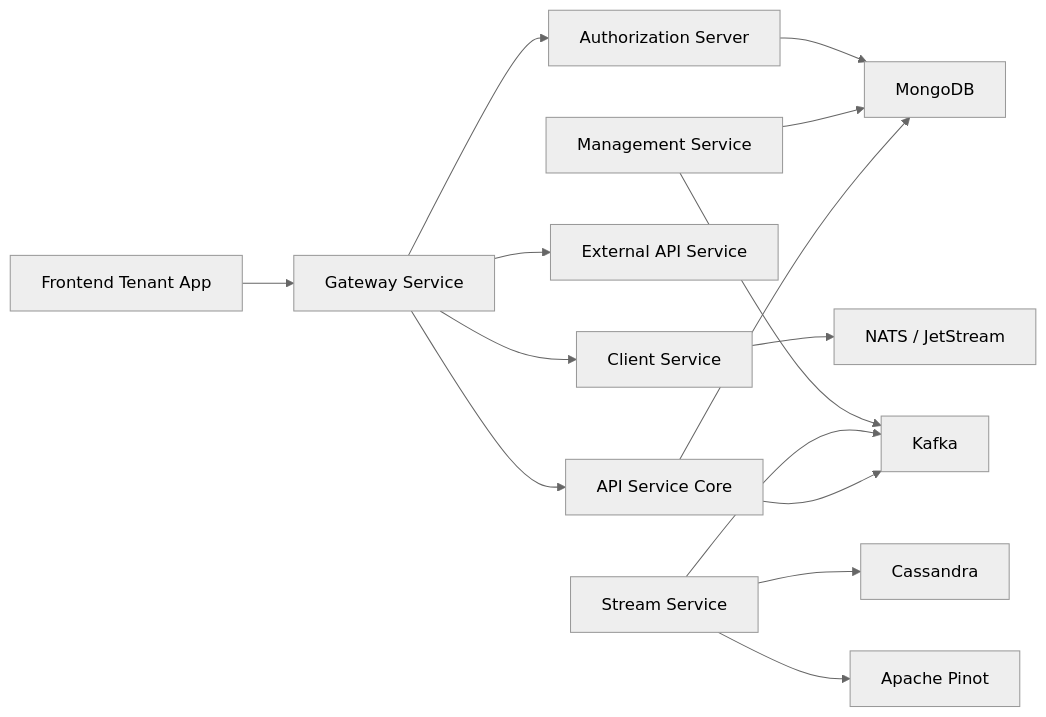
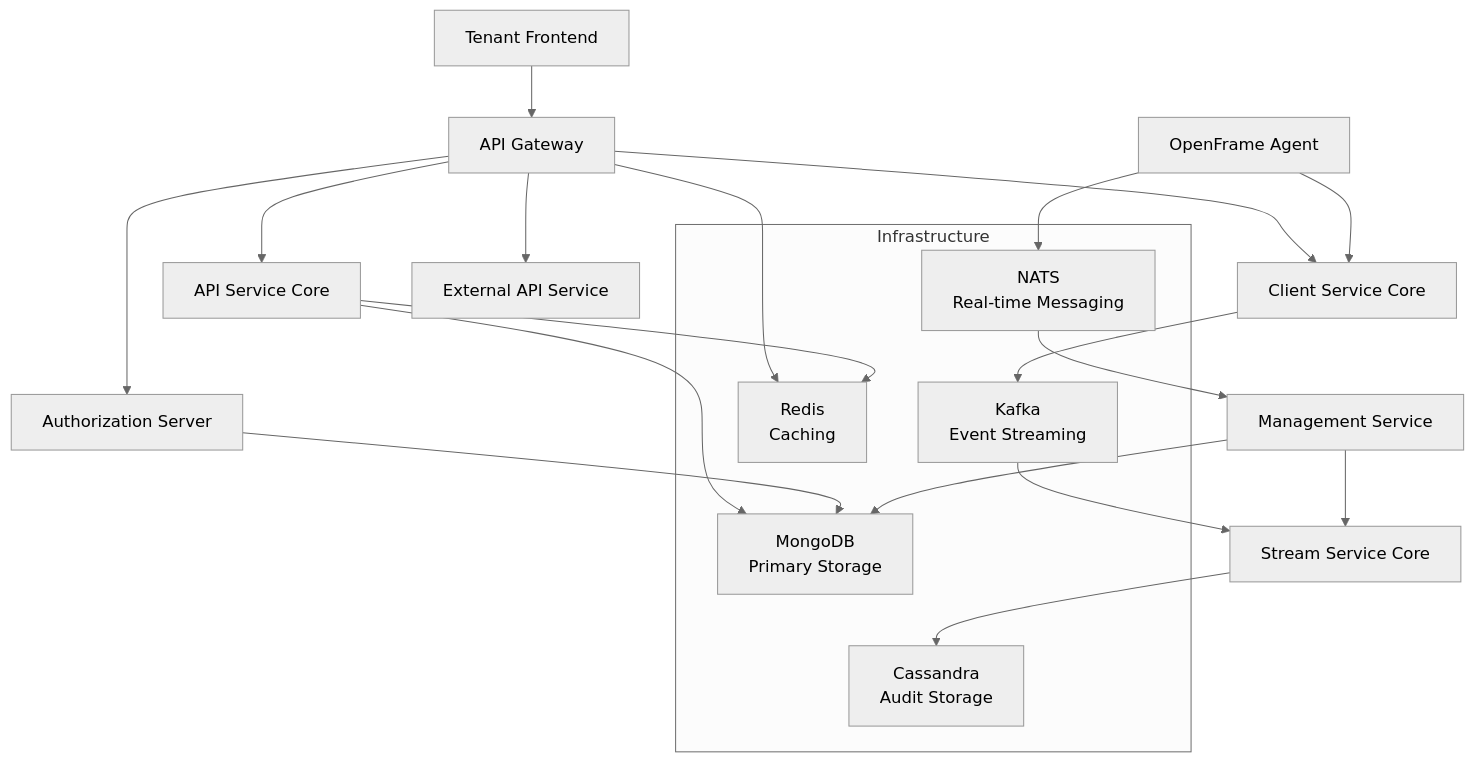
One commit to Praesto-Pro/openframe-oss-tenant changed the diagram in README.md. Above: the diagram before and after it, drawn with Mermaid (neutral theme). The commit also changed other lines of this file and 214 other files, not shown here.

````diff
--- a/README.md
+++ b/README.md
@@ -58,22 +98,32 @@
 ```mermaid
-flowchart LR
-    User[Frontend Tenant App] --> Gateway[Gateway Service]
+flowchart TD
+    A[Tenant Frontend] --> B[API Gateway]
+    B --> C[Authorization Server]
+    B --> D[API Service Core]
+    B --> E[External API Service]
+    B --> F[Client Service Core]
     
-    Gateway --> Auth[Authorization Server]
-    Gateway --> Api[API Service Core]
-    Gateway --> ExternalApi[External API Service]
-    Gateway --> ClientSvc[Client Service]
+    G[OpenFrame Agent] --> F
+    G --> H[NATS JetStream]
     
-    Api --> Mongo[MongoDB]
-    Api --> Kafka[Kafka]
+    H --> I[Management Service]
+    I --> J[Stream Service Core]
+    F --> K[Apache Kafka]
+    K --> J
     
-    Stream[Stream Service] --> Kafka
-    Stream --> Cassandra[Cassandra]
-    Stream --> Pinot[Apache Pinot]
+    D --> L[MongoDB]
+    C --> L
+    I --> L
+    J --> M[Cassandra]
     
-    Management[Management Service] --> Mongo
-    Management --> Kafka
+    subgraph "Infrastructure"
+        L[MongoDB<br/>Primary Storage]
+        M[Cassandra<br/>Audit Storage]  
+        K[Kafka<br/>Event Streaming]
+        H[NATS<br/>Real-time Messaging]
+        N[Redis<br/>Caching]
+    end
     
-    Auth --> Mongo
-    ClientSvc --> NATS[NATS / JetStream]
+    B --> N
+    D --> N
 ```
````
